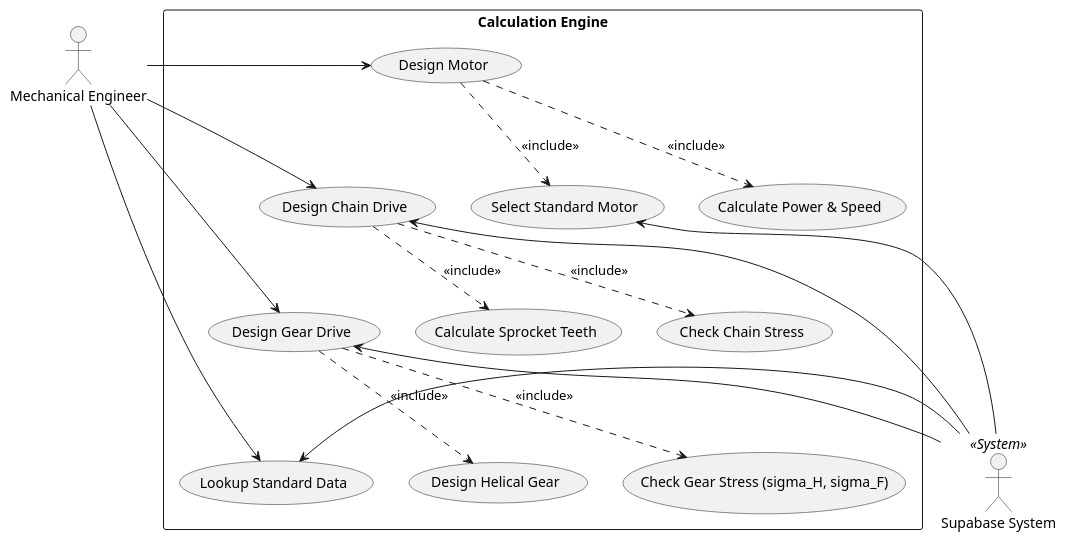
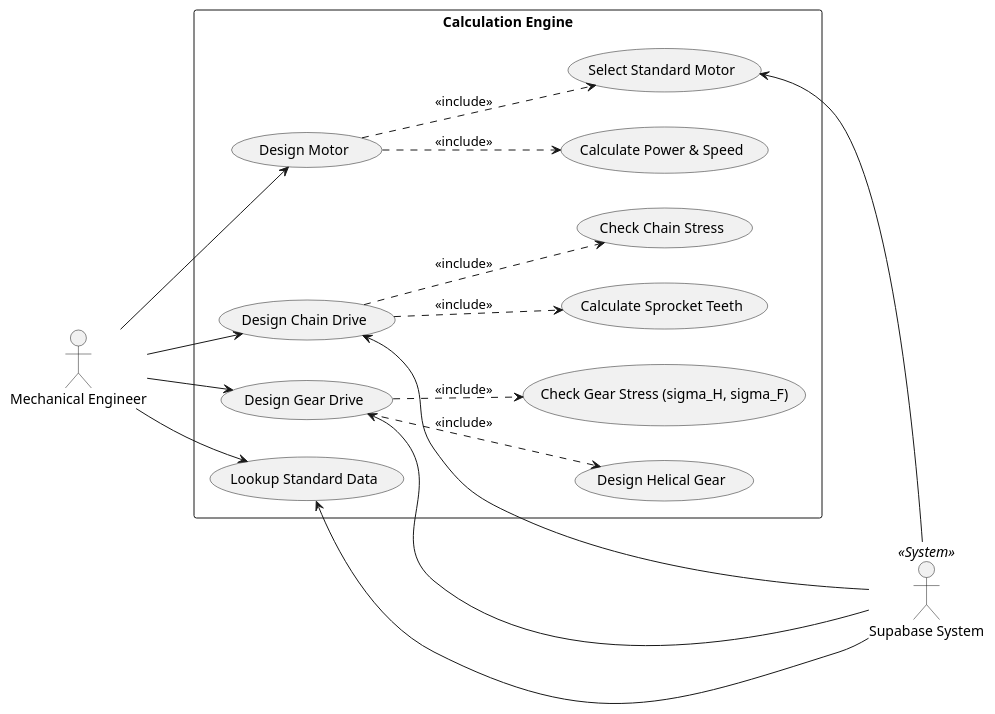
The diagram in docs/uml/uc_calc.puml (dvydinh/mechdrive), drawn with PlantUML before and after one commit. The commit also changed 5 other files, not shown here.

```diff
--- a/docs/uml/uc_calc.puml
+++ b/docs/uml/uc_calc.puml
@@ -1,46 +1,43 @@
 @startuml
+left to right direction
 skinparam packageStyle rectangle
 
 actor "Mechanical Engineer" as eng
 actor "Supabase System" as db << System >>
 
 package "Calculation Engine" {
   usecase "Design Motor" as UC1
   usecase "Calculate Power & Speed" as UC1_1
   usecase "Select Standard Motor" as UC1_2
   
   usecase "Design Chain Drive" as UC2
   usecase "Calculate Sprocket Teeth" as UC2_1
   usecase "Check Chain Stress" as UC2_2
   
   usecase "Design Gear Drive" as UC3
   usecase "Design Helical Gear" as UC3_2
   usecase "Check Gear Stress (sigma_H, sigma_F)" as UC3_3
   
   usecase "Lookup Standard Data" as UC5
 }
 
-UC1 -[hidden]down-> UC2
-UC2 -[hidden]down-> UC3
-UC3 -[hidden]down-> UC5
+eng --> UC1
+UC1 ..> UC1_1 : <<include>>
+UC1 ..> UC1_2 : <<include>>
 
-eng -right-> UC1
-UC1 .down.> UC1_1 : <<include>>
-UC1 .down.> UC1_2 : <<include>>
+eng --> UC2
+UC2 ..> UC2_1 : <<include>>
+UC2 ..> UC2_2 : <<include>>
 
-eng -right-> UC2
-UC2 .down.> UC2_1 : <<include>>
-UC2 .down.> UC2_2 : <<include>>
+eng --> UC3
+UC3 ..> UC3_2 : <<include>>
+UC3 ..> UC3_3 : <<include>>
 
-eng -right-> UC3
-UC3 .down.> UC3_2 : <<include>>
-UC3 .down.> UC3_3 : <<include>>
+eng --> UC5
 
-eng -right-> UC5
-
-db -left-> UC1_2
-db -left-> UC2
-db -left-> UC3
-db -left-> UC5
+UC1_2 <-- db
+UC2 <-- db
+UC3 <-- db
+UC5 <-- db
 
 @enduml
```
